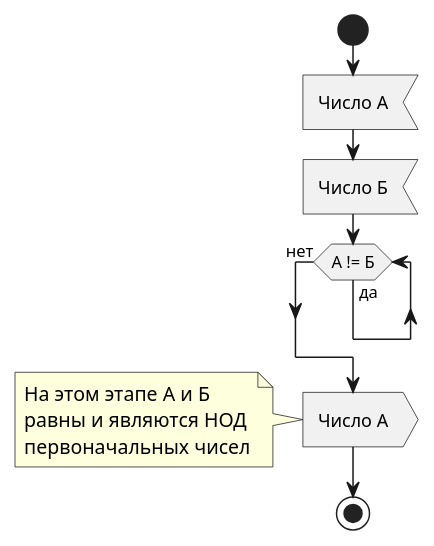
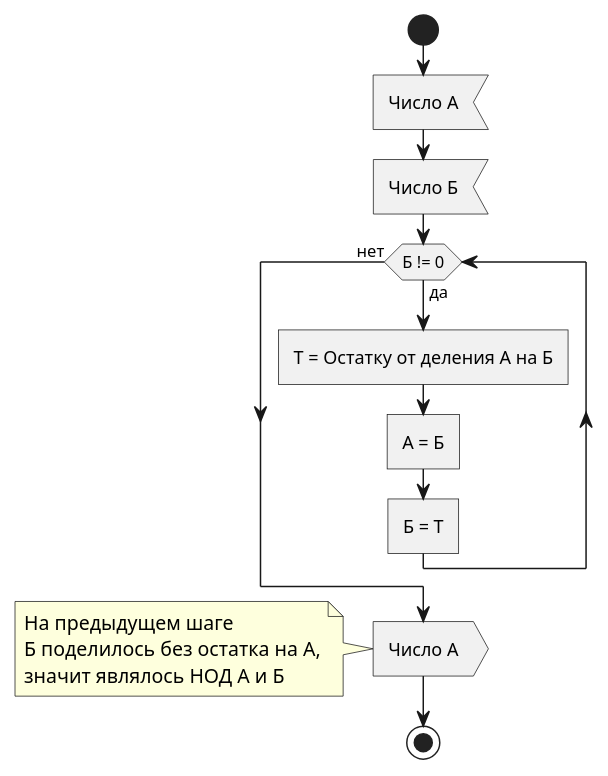
The diagram in Scenarios/2.4. Euclidus simple divide.puml (YA-NDT/IC-ADSC-TD), drawn with PlantUML before and after one commit. The commit also changed other lines of this file and 1 other file, not shown here.

```diff
--- a/Scenarios/2.4. Euclidus simple divide.puml
+++ b/Scenarios/2.4. Euclidus simple divide.puml
@@ -1,21 +1,17 @@
 @startuml
 
 start
 :Число А<
 :Число Б<
 
-while (А != Б) is (да)
-
-'  if (a > b) then (да)
-'    :a = a - b]
-'  else (нет)
-'    :b = b - a]
-'  endif
-
+while (Б != 0) is (да)
+	:Т = Остатку от деления А на Б]
+	:А = Б]
+	:Б = Т]
 endwhile (нет)
 
 :Число А>
-note left: На этом этапе А и Б\nравны и являются НОД\nпервоначальных чисел
+note left: На предыдущем шаге\nБ поделилось без остатка на А,\nзначит являлось НОД А и Б
 
 stop
 @enduml
```
